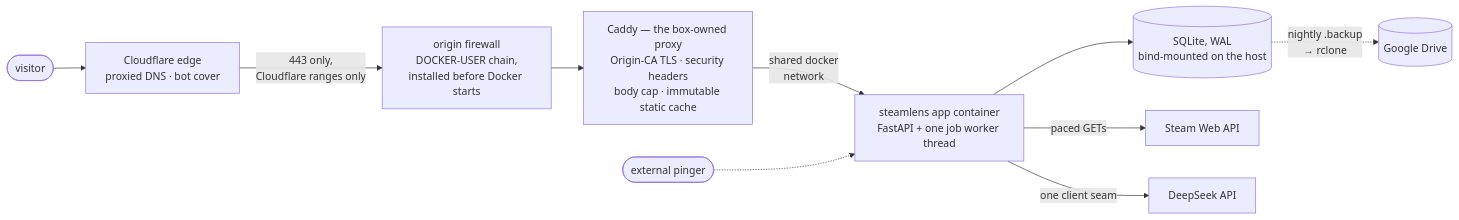
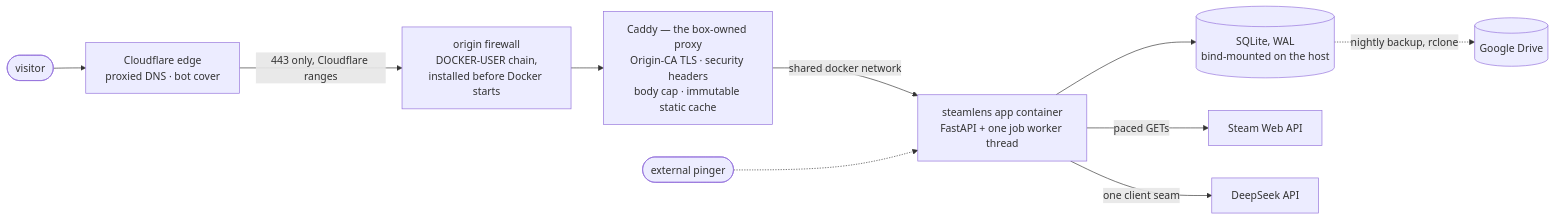
One commit to arda-basarici/steam-lens changed the first of 4 diagrams in ARCHITECTURE.md. Above: the diagram before and after it, drawn with Mermaid. The commit also changed other lines of this file and 1 other file, not shown here.

````diff
--- a/ARCHITECTURE.md
+++ b/ARCHITECTURE.md
@@ -18,12 +18,19 @@
 ```mermaid
 flowchart LR
-    V([visitor]) --> CF["Cloudflare edge<br/>proxied DNS · bot cover"]
-    CF -->|"443 only,<br/>Cloudflare ranges only"| FW["origin firewall<br/>DOCKER-USER chain,<br/>installed before Docker starts"]
-    FW --> CADDY["Caddy — the box-owned proxy<br/>Origin-CA TLS · security headers<br/>body cap · immutable static cache"]
-    CADDY -->|"shared docker<br/>network"| APP["steamlens app container<br/>FastAPI + one job worker thread"]
-    APP --> DB[("SQLite, WAL<br/>bind-mounted on the host")]
+    V([visitor]) --> CF["`Cloudflare edge
+    proxied DNS · bot cover`"]
+    CF -->|"443 only, Cloudflare ranges"| FW["`origin firewall
+    DOCKER-USER chain,
+    installed before Docker starts`"]
+    FW --> CADDY["`Caddy — the box-owned proxy
+    Origin-CA TLS · security headers
+    body cap · immutable static cache`"]
+    CADDY -->|"shared docker network"| APP["`steamlens app container
+    FastAPI + one job worker thread`"]
+    APP --> DB[("`SQLite, WAL
+    bind-mounted on the host`")]
     APP -->|"paced GETs"| STEAM["Steam Web API"]
     APP -->|"one client seam"| LLM["DeepSeek API"]
-    DB -.->|"nightly .backup<br/>→ rclone"| DRIVE[("Google Drive")]
+    DB -.->|"nightly backup, rclone"| DRIVE[("Google Drive")]
     PING(["external pinger"]) -.-> APP
 ```
````
